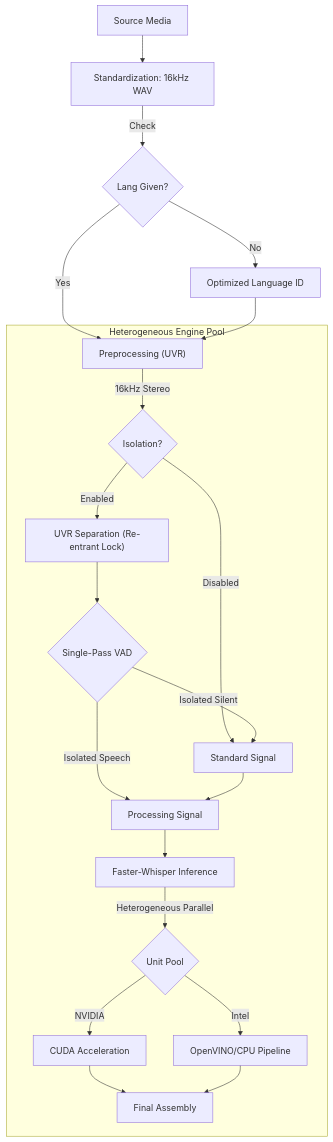
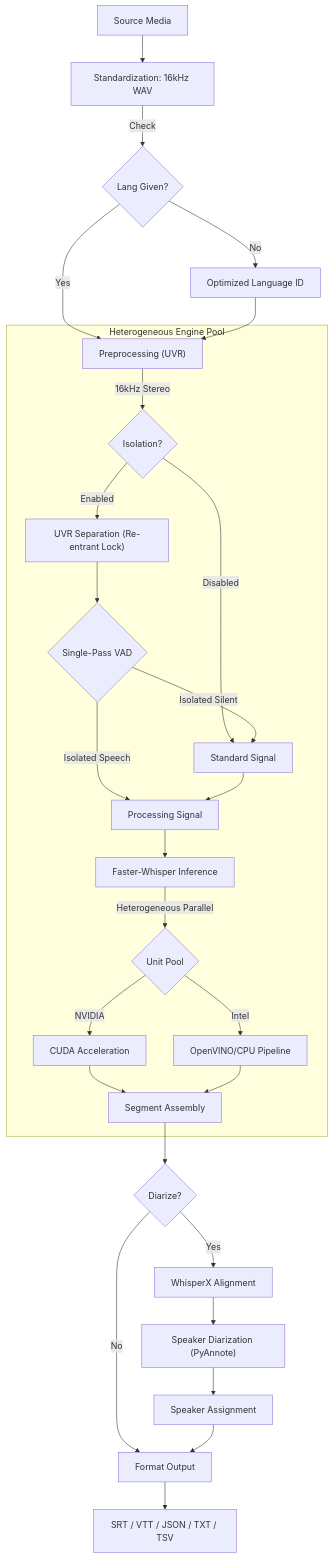
Before and after one commit to AmirulAndalib/Whisper-Pro-ASR: the first of 4 diagrams in docs/ARCHITECTURE.md, drawn with Mermaid. The commit also changed other lines of this file and 41 other files, not shown here.

````diff
--- a/docs/ARCHITECTURE.md
+++ b/docs/ARCHITECTURE.md
@@ -29,26 +30,34 @@
 ```mermaid
 graph TD
     A["Source Media"] --> STD["Standardization: 16kHz WAV"]
     STD -->|Check| L{"Lang Given?"}
     L -->|No| LD["Optimized Language ID"]
     L -->|Yes| PRE["Preprocessing (UVR)"]
     LD --> PRE
     
     subgraph CORE ["Heterogeneous Engine Pool"]
     PRE -->|16kHz Stereo| C{"Isolation?"}
     C -->|Enabled| D["UVR Separation (Re-entrant Lock)"]
     C -->|Disabled| E["Standard Signal"]
     
     D --> VAD{"Single-Pass VAD"}
     VAD -->|Isolated Silent| E
     VAD -->|Isolated Speech| F["Processing Signal"]
     E --> F
     
     F --> G["Faster-Whisper Inference"]
     G -->|Heterogeneous Parallel| H{"Unit Pool"}
     H -->|NVIDIA| I["CUDA Acceleration"]
     H -->|Intel| J["OpenVINO/CPU Pipeline"]
-    I --> K["Final Assembly"]
+    I --> K["Segment Assembly"]
     J --> K
     end
+
+    K --> DIAR{"Diarize?"}
+    DIAR -->|No| FMT["Format Output"]
+    DIAR -->|Yes| ALIGN["WhisperX Alignment"]
+    ALIGN --> SPEAK["Speaker Diarization (PyAnnote)"]
+    SPEAK --> ASSIGN["Speaker Assignment"]
+    ASSIGN --> FMT
+    FMT --> OUT["SRT / VTT / JSON / TXT / TSV"]
 ```
````
